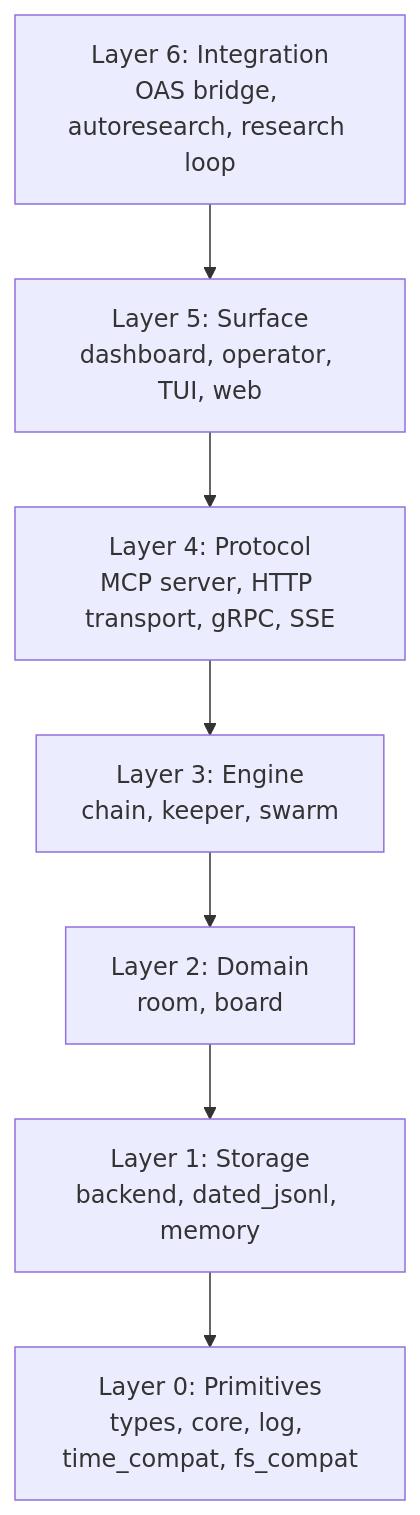
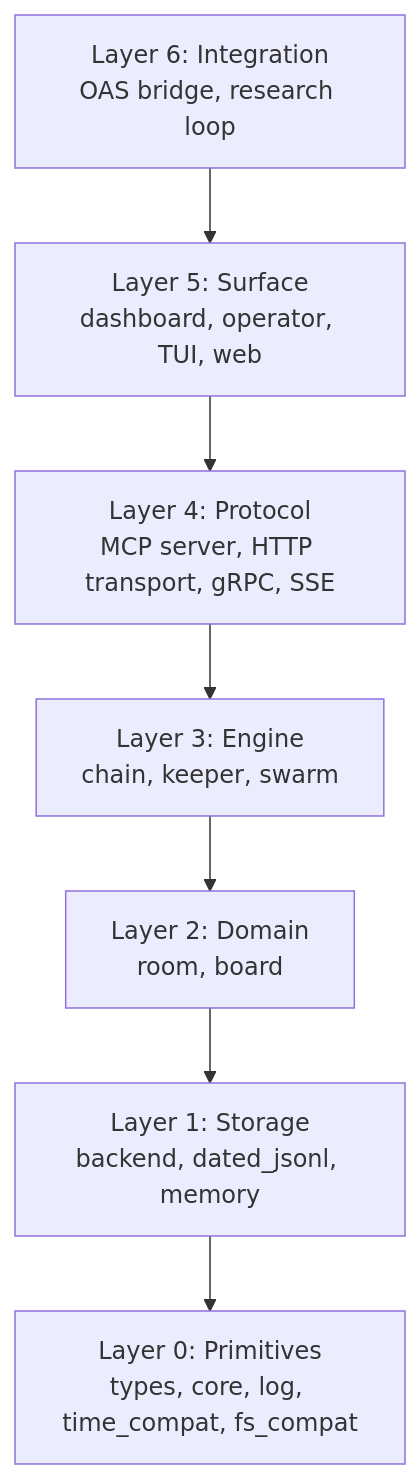
One commit to jeong-sik/masc changed the diagram in docs/spec/SPEC-INDEX.md. Above: the diagram before and after it, drawn with Mermaid. The commit also changed 213 other files, not shown here.

````diff
--- a/docs/spec/SPEC-INDEX.md
+++ b/docs/spec/SPEC-INDEX.md
@@ -36,17 +36,17 @@
 ```mermaid
 graph TB
-    L6["Layer 6: Integration<br/>OAS bridge, autoresearch, research loop"]
+    L6["Layer 6: Integration<br/>OAS bridge, research loop"]
     L5["Layer 5: Surface<br/>dashboard, operator, TUI, web"]
     L4["Layer 4: Protocol<br/>MCP server, HTTP transport, gRPC, SSE"]
     L3["Layer 3: Engine<br/>chain, keeper, swarm"]
     L2["Layer 2: Domain<br/>room, board"]
     L1["Layer 1: Storage<br/>backend, dated_jsonl, memory"]
     L0["Layer 0: Primitives<br/>types, core, log, time_compat, fs_compat"]
 
     L6 --> L5
     L5 --> L4
     L4 --> L3
     L3 --> L2
     L2 --> L1
     L1 --> L0
 ```
````
